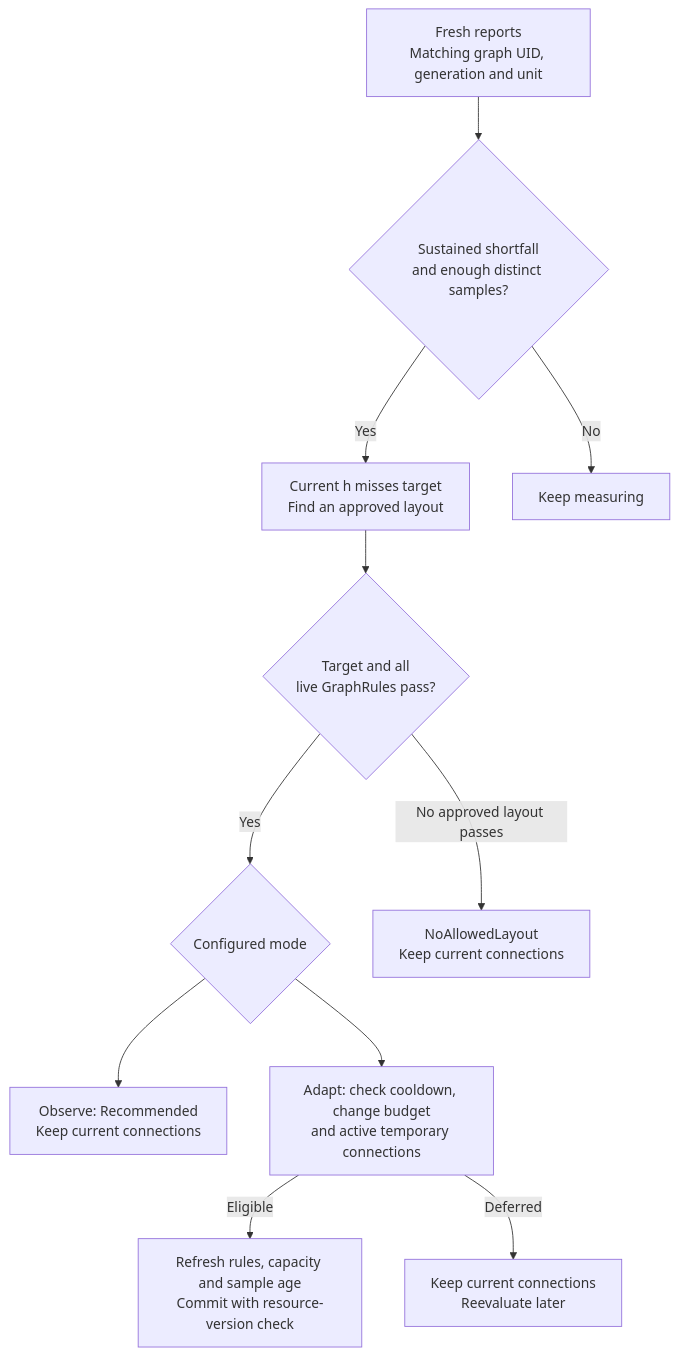
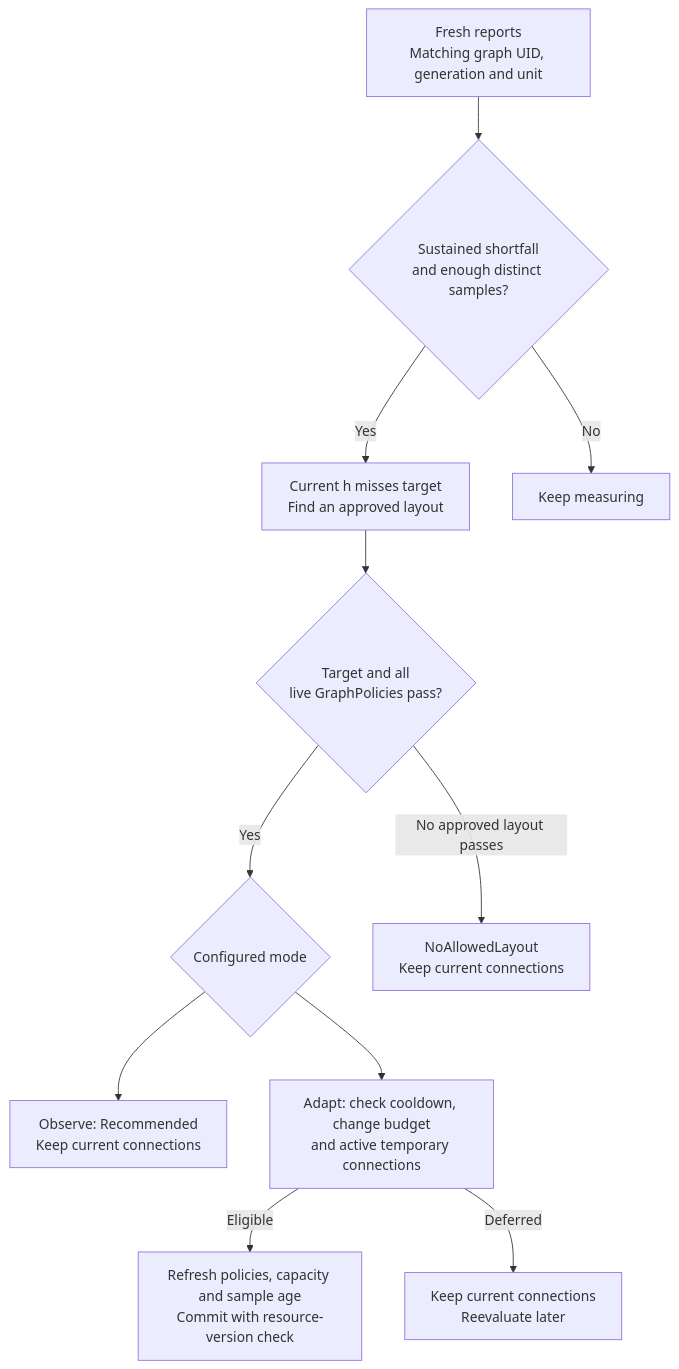
The third of 7 diagrams in docs/graphs/cheeger-orchestration.md (astrivant/polyad), drawn with Mermaid before and after one commit. The commit also changed other lines of this file and 182 other files, not shown here.

Commit message:
GraphPolicies rename

````diff
--- a/docs/graphs/cheeger-orchestration.md
+++ b/docs/graphs/cheeger-orchestration.md
@@ -151,20 +151,20 @@
 ```mermaid
 flowchart TB
     reports["Fresh reports<br/>Matching graph UID, generation and unit"]
     stable{"Sustained shortfall<br/>and enough distinct samples?"}
     layout["Current h misses target<br/>Find an approved layout"]
-    allowed{"Target and all<br/>live GraphRules pass?"}
+    allowed{"Target and all<br/>live GraphPolicies pass?"}
     mode{"Configured mode"}
     observe["Observe: Recommended<br/>Keep current connections"]
     guards["Adapt: check cooldown, change budget<br/>and active temporary connections"]
-    commit["Refresh rules, capacity and sample age<br/>Commit with resource-version check"]
+    commit["Refresh policies, capacity and sample age<br/>Commit with resource-version check"]
     reports --> stable
     stable -->|"Yes"| layout --> allowed
     stable -->|"No"| wait["Keep measuring"]
     allowed -->|"No approved layout passes"| blocked["NoAllowedLayout<br/>Keep current connections"]
     allowed -->|"Yes"| mode
     mode --> observe
     mode --> guards
     guards -->|"Eligible"| commit
     guards -->|"Deferred"| later["Keep current connections<br/>Reevaluate later"]
 ```
````
